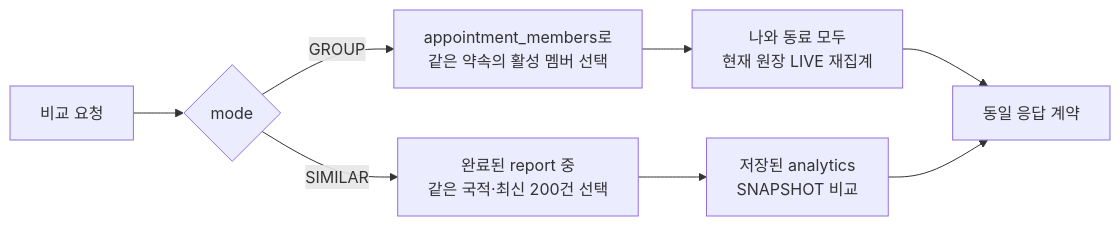
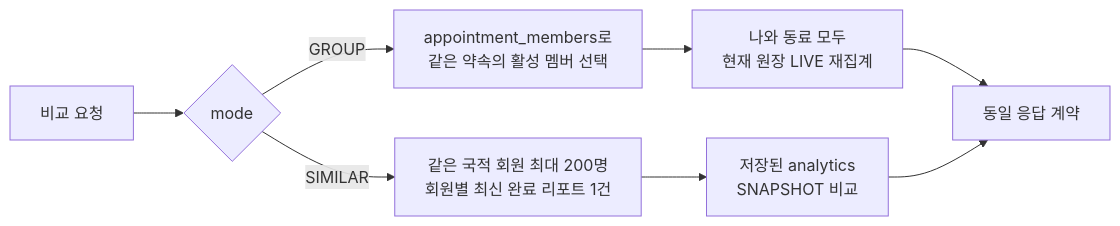
The diagram in src/content/posts/na-wa-report-comparison.md (samu9nai/myblog), drawn with Mermaid before and after one commit. The commit also changed other lines of this file and 9 other files, not shown here.

````diff
--- a/src/content/posts/na-wa-report-comparison.md
+++ b/src/content/posts/na-wa-report-comparison.md
@@ -36,10 +37,10 @@
 ```mermaid
 flowchart LR
     Q[비교 요청] --> M{mode}
     M -->|GROUP| G1[appointment_members로<br/>같은 약속의 활성 멤버 선택]
     G1 --> G2[나와 동료 모두<br/>현재 원장 LIVE 재집계]
-    M -->|SIMILAR| S1[완료된 report 중<br/>같은 국적·최신 200건 선택]
+    M -->|SIMILAR| S1[같은 국적 회원 최대 200명<br/>회원별 최신 완료 리포트 1건]
     S1 --> S2[저장된 analytics<br/>SNAPSHOT 비교]
     G2 --> R[동일 응답 계약]
     S2 --> R
 ```
````
